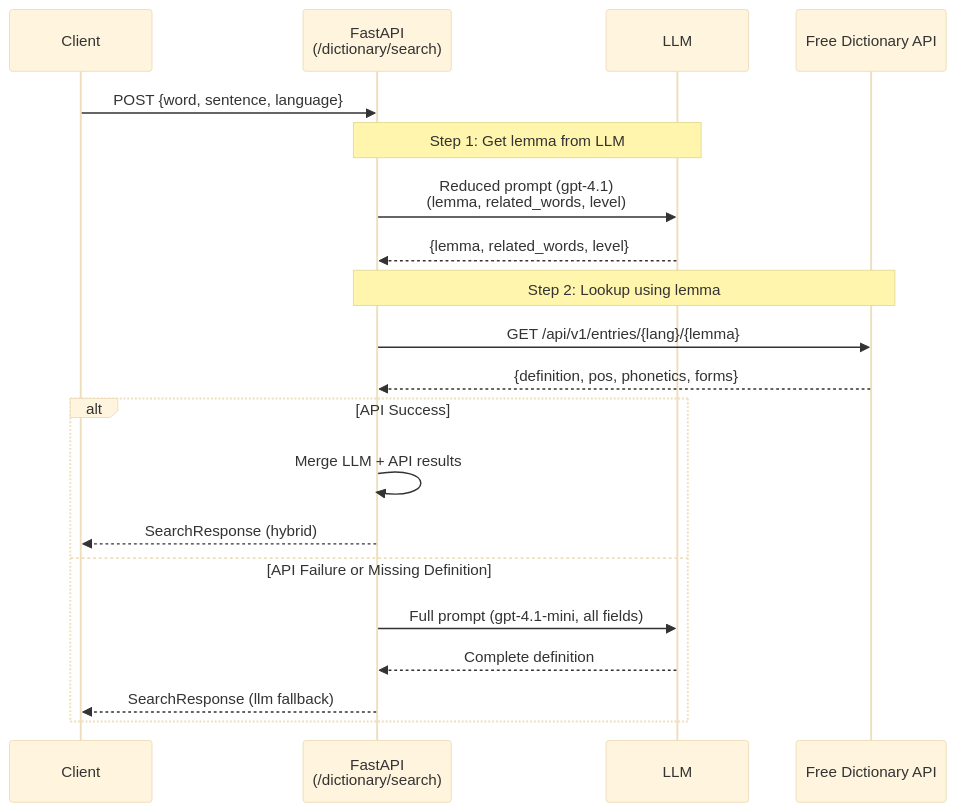
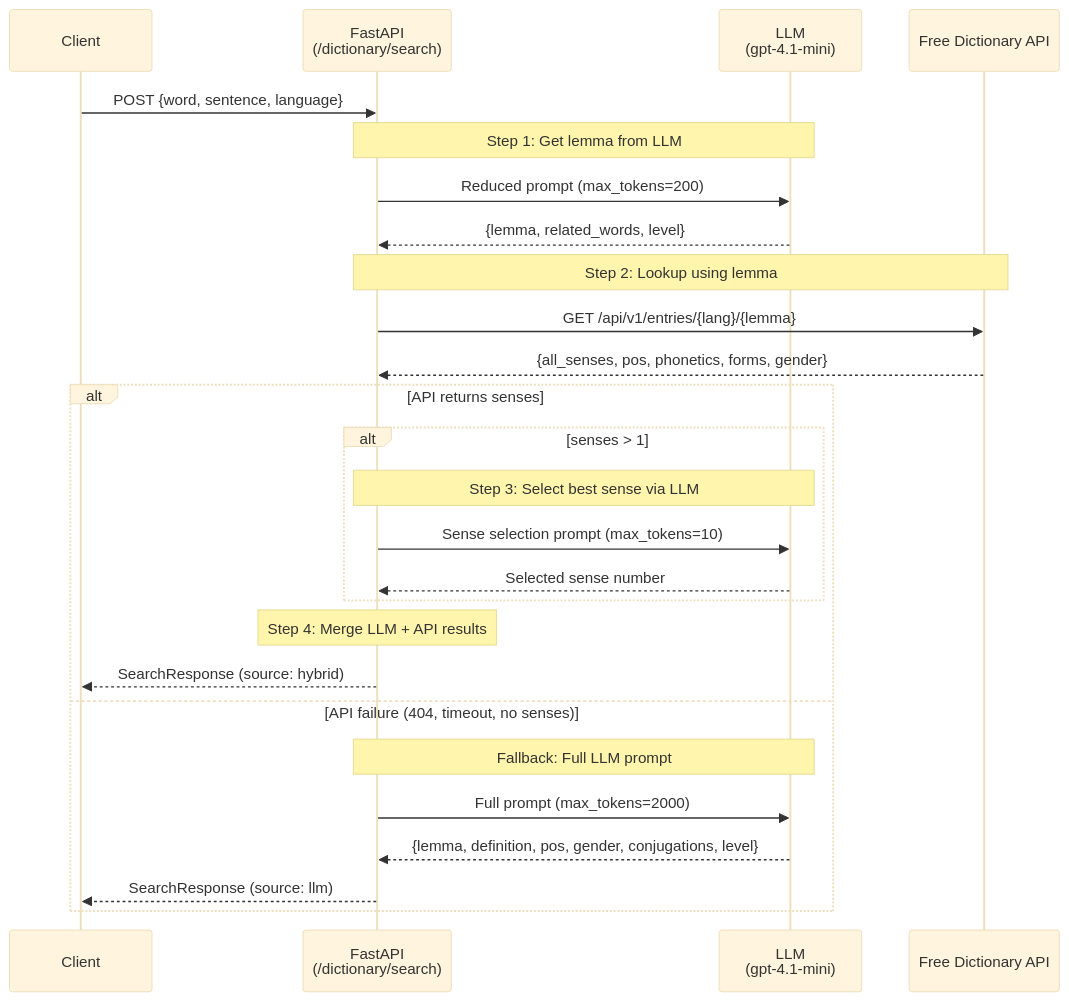
One commit to seung-gu/opad changed the sixth of 6 diagrams in docs/ARCHITECTURE.md. Above: the diagram before and after it, drawn with Mermaid (base theme). The commit also changed other lines of this file and 10 other files, not shown here.

````diff
--- a/docs/ARCHITECTURE.md
+++ b/docs/ARCHITECTURE.md
@@ -1171,26 +1122,32 @@
 ```mermaid
 sequenceDiagram
     participant Client
     participant API as FastAPI<br/>(/dictionary/search)
-    participant LLM as LLM
+    participant LLM as LLM<br/>(gpt-4.1-mini)
     participant FreeDict as Free Dictionary API
 
     Client->>API: POST {word, sentence, language}
 
     Note over API,LLM: Step 1: Get lemma from LLM
-    API->>LLM: Reduced prompt (gpt-4.1)<br/>(lemma, related_words, level)
+    API->>LLM: Reduced prompt (max_tokens=200)
     LLM-->>API: {lemma, related_words, level}
 
     Note over API,FreeDict: Step 2: Lookup using lemma
     API->>FreeDict: GET /api/v1/entries/{lang}/{lemma}
-    FreeDict-->>API: {definition, pos, phonetics, forms}
+    FreeDict-->>API: {all_senses, pos, phonetics, forms, gender}
 
-    alt API Success
-        API->>API: Merge LLM + API results
-        API-->>Client: SearchResponse (hybrid)
-    else API Failure or Missing Definition
-        API->>LLM: Full prompt (gpt-4.1-mini, all fields)
-        LLM-->>API: Complete definition
-        API-->>Client: SearchResponse (llm fallback)
+    alt API returns senses
+        alt senses > 1
+            Note over API,LLM: Step 3: Select best sense via LLM
+            API->>LLM: Sense selection prompt (max_tokens=10)
+            LLM-->>API: Selected sense number
+        end
+        Note over API: Step 4: Merge LLM + API results
+        API-->>Client: SearchResponse (source: hybrid)
+    else API failure (404, timeout, no senses)
+        Note over API,LLM: Fallback: Full LLM prompt
+        API->>LLM: Full prompt (max_tokens=2000)
+        LLM-->>API: {lemma, definition, pos, gender, conjugations, level}
+        API-->>Client: SearchResponse (source: llm)
     end
 ```
````
